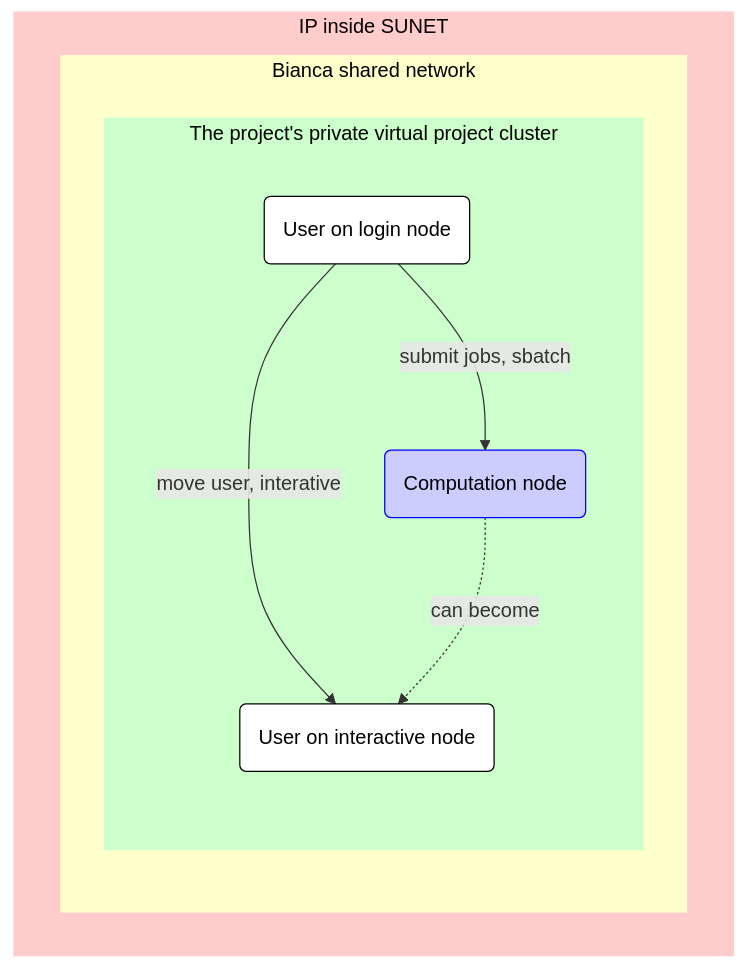
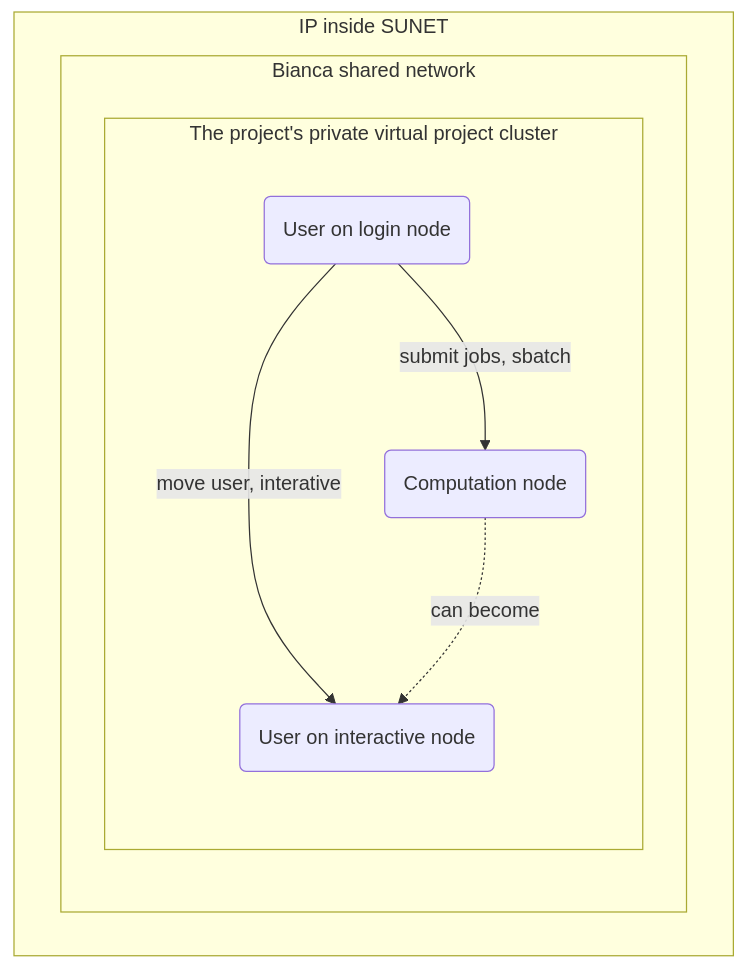
The second of 3 diagrams in docs/cluster_guides/uppmax_cluster.md (UPPMAX/UPPMAX-documentation), drawn with Mermaid before and after one commit. The commit also changed other lines of this file, not shown here.

Commit message:
Use stylesheet determined coloring of graphs

````diff
--- a/docs/cluster_guides/uppmax_cluster.md
+++ b/docs/cluster_guides/uppmax_cluster.md
@@ -104,30 +104,17 @@
 ```mermaid
 flowchart TD
-
-    %% Give a white background to all nodes, instead of a transparent one
-    classDef node fill:#fff,color:#000,stroke:#000
-
-    %% Graph nodes for files and calculations
-    classDef file_node fill:#fcf,color:#000,stroke:#f0f
-    classDef calculation_node fill:#ccf,color:#000,stroke:#00f
 
     subgraph sub_inside[IP inside SUNET]
       subgraph sub_bianca_shared_env[Bianca shared network]
         subgraph sub_bianca_private_env[The project's private virtual project cluster]
           login_node(User on login node)
           interactive_node(User on interactive node)
-          computation_node(Computation node):::calculation_node
+          computation_node(Computation node)
         end
       end
     end
-
-    %% Shared subgraph color scheme
-    %% style sub_outside fill:#ccc,color:#000,stroke:#ccc
-    style sub_inside fill:#fcc,color:#000,stroke:#fcc
-    style sub_bianca_shared_env fill:#ffc,color:#000,stroke:#ffc
-    style sub_bianca_private_env fill:#cfc,color:#000,stroke:#cfc
 
     login_node --> |move user, interative|interactive_node
     login_node --> |submit jobs, sbatch|computation_node
     computation_node -.-> |can become| interactive_node
 ```
````
